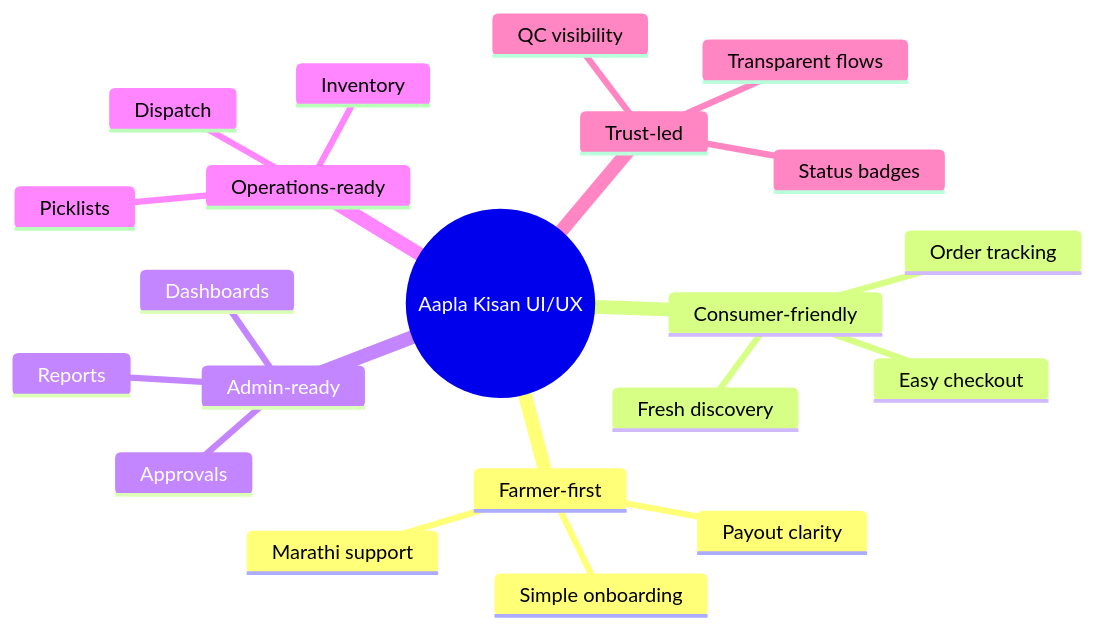
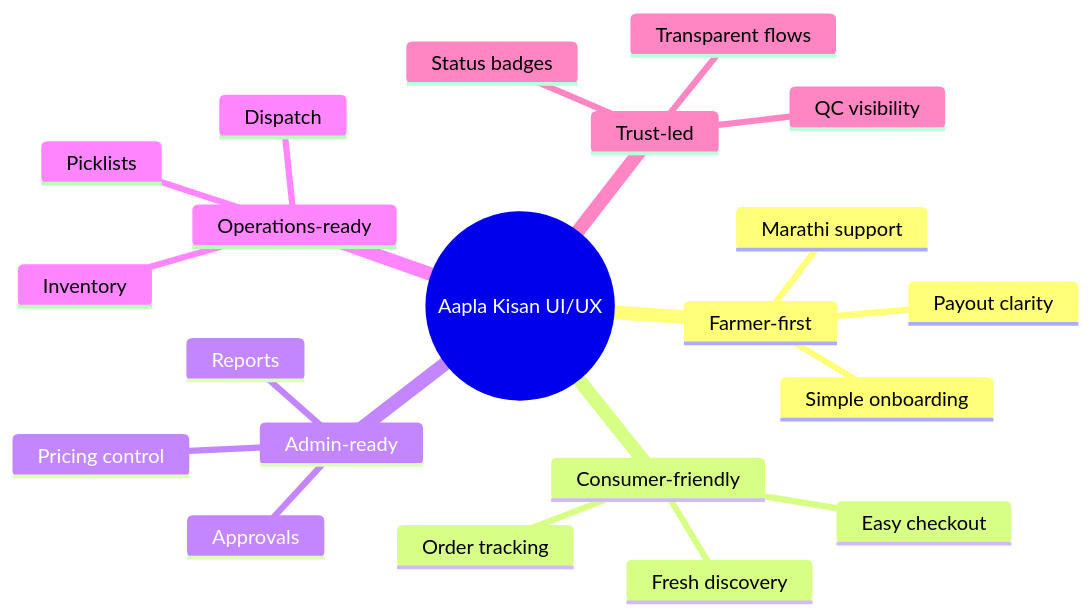
One commit to JustVKisgood/aapla-kisan-growth-system changed the fourth of 4 diagrams in docs/00-design-system-and-ui-guidelines.md. Above: the diagram before and after it, drawn with Mermaid. The commit also changed other lines of this file, not shown here.

````diff
--- a/docs/00-design-system-and-ui-guidelines.md
+++ b/docs/00-design-system-and-ui-guidelines.md
@@ -641,24 +204,24 @@
 ```mermaid
 mindmap
   root((Aapla Kisan UI/UX))
     Farmer-first
       Simple onboarding
       Marathi support
       Payout clarity
     Consumer-friendly
       Fresh discovery
       Easy checkout
       Order tracking
     Admin-ready
-      Dashboards
       Approvals
+      Pricing control
       Reports
     Operations-ready
       Picklists
       Dispatch
       Inventory
     Trust-led
+      QC visibility
       Status badges
-      QC visibility
       Transparent flows
 ```
````
